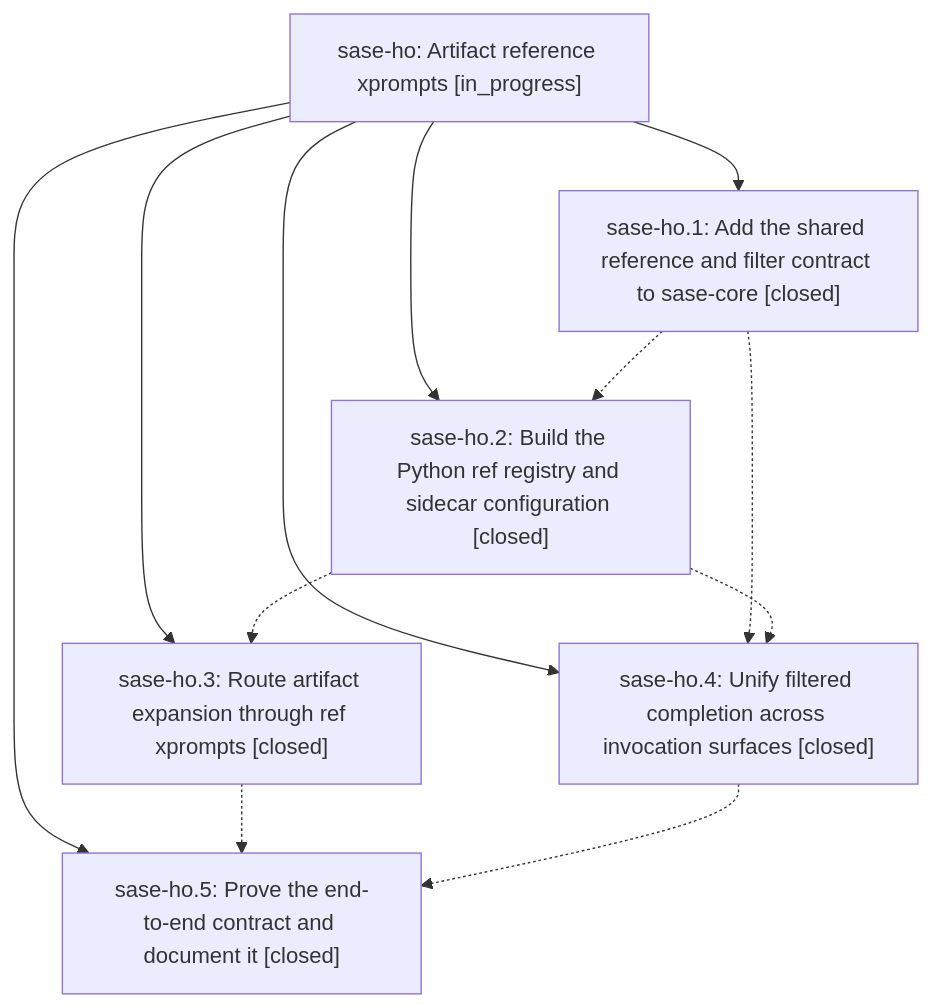
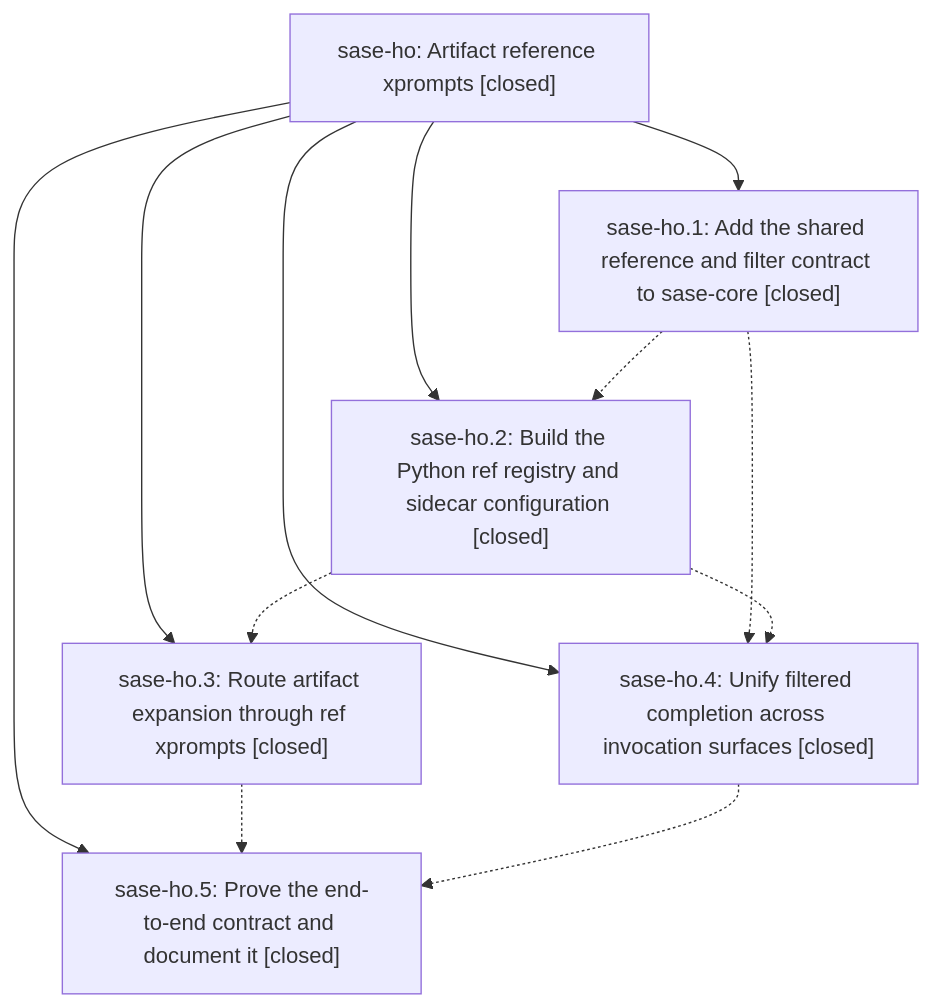
Before and after one commit to sase-org/sase--beads: the diagram in pages/sase-ho/README.md, drawn with Mermaid. The commit also changed other lines of this file, not shown here.

First line of the commit message:
chore(beads): sync bead state and pages for sase-ho

````diff
--- a/pages/sase-ho/README.md
+++ b/pages/sase-ho/README.md
@@ -26,20 +36,20 @@
 ```mermaid
 flowchart TD
-    n0["sase-ho: Artifact reference xprompts [in_progress]"]
+    n0["sase-ho: Artifact reference xprompts [closed]"]
     n1["sase-ho.1: Add the shared reference and filter contract to sase-core [closed]"]
     n2["sase-ho.2: Build the Python ref registry and sidecar configuration [closed]"]
     n3["sase-ho.3: Route artifact expansion through ref xprompts [closed]"]
     n4["sase-ho.4: Unify filtered completion across invocation surfaces [closed]"]
     n5["sase-ho.5: Prove the end-to-end contract and document it [closed]"]
     n0 --> n1
     n0 --> n2
     n0 --> n3
     n0 --> n4
     n0 --> n5
     n1 -.-> n2
     n1 -.-> n4
     n2 -.-> n3
     n2 -.-> n4
     n3 -.-> n5
     n4 -.-> n5
 ```
````
